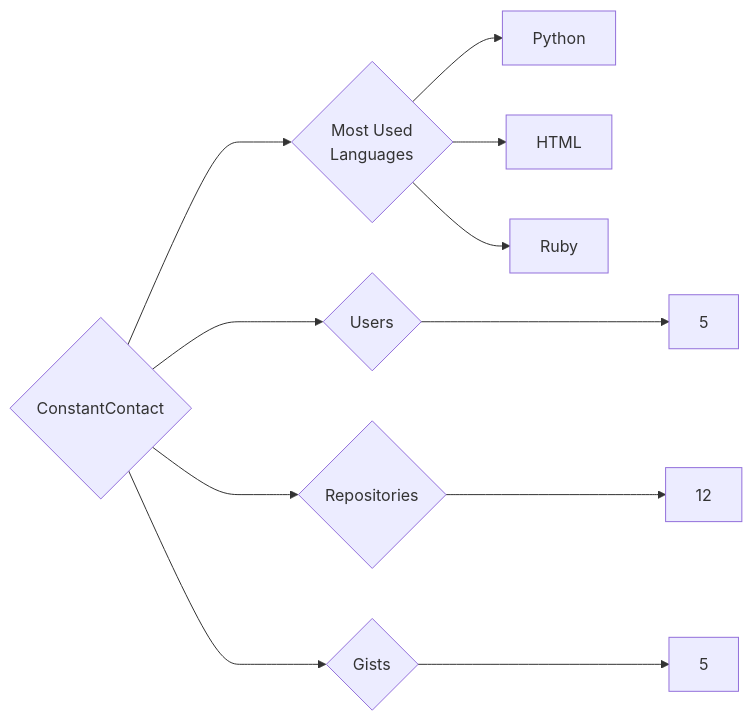
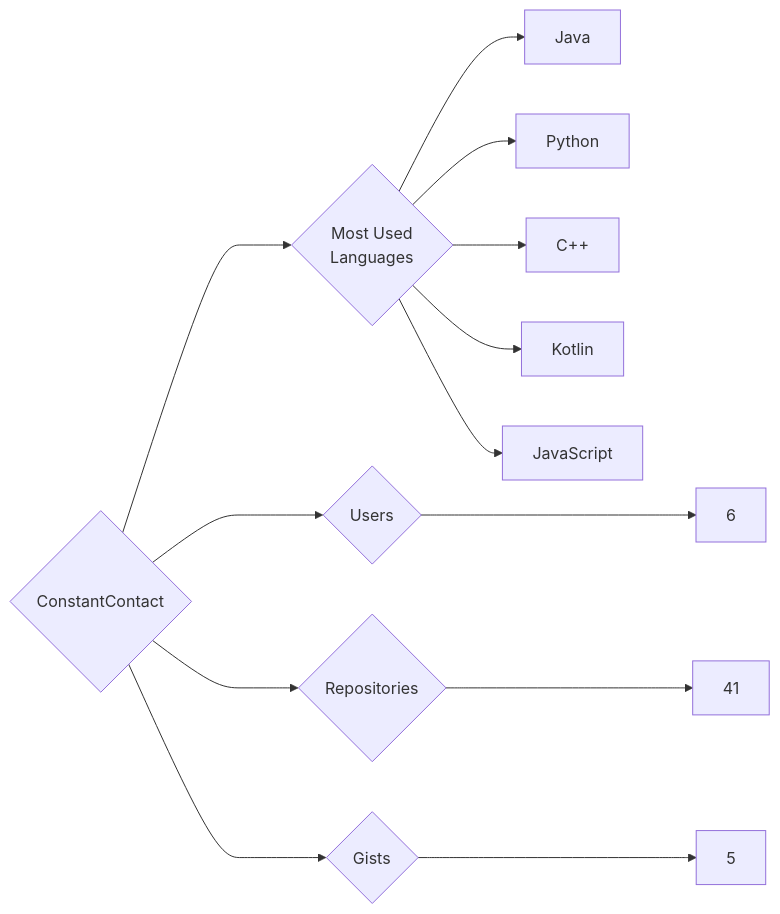
The diagram in targets/ConstantContact/README.md (trickest/insiders), drawn with Mermaid before and after one commit. The commit also changed 865 other files, not shown here.

````diff
--- a/targets/ConstantContact/README.md
+++ b/targets/ConstantContact/README.md
@@ -3,11 +3,13 @@
 ```mermaid
 graph LR
 COMPANY_NAME{ConstantContact}
-COMPANY_NAME ---> U{Users} ---> UN[5]
-COMPANY_NAME ---> R{Repositories} ---> RN[12]
+COMPANY_NAME ---> U{Users} ---> UN[6]
+COMPANY_NAME ---> R{Repositories} ---> RN[41]
 COMPANY_NAME ---> G{Gists} ---> GN[5]
 COMPANY_NAME ---> ML{Most Used<br>Languages}
+ML --> Java[Java]
 ML --> Python[Python]
-ML --> HTML[HTML]
-ML --> Ruby[Ruby]
+ML --> C++[C++]
+ML --> Kotlin[Kotlin]
+ML --> JavaScript[JavaScript]
 ```
````
